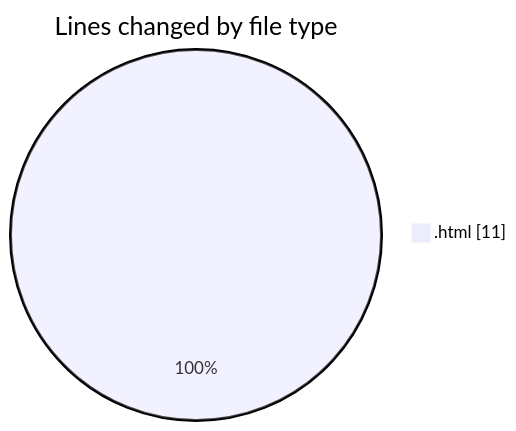
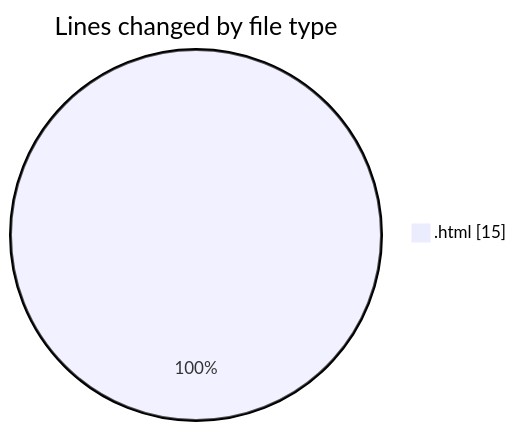
The first of 2 diagrams in 2025-01-09/nueva_carpeta/README.md (LanceThiago/code-tracking), drawn with Mermaid before and after one commit. The commit also changed other lines of this file and 1 other file, not shown here.

````diff
--- a/2025-01-09/nueva_carpeta/README.md
+++ b/2025-01-09/nueva_carpeta/README.md
@@ -20,5 +20,5 @@
 ```mermaid
 pie showData
 title Lines changed by file type
-".html" : 11
+".html" : 15
 ```
````
